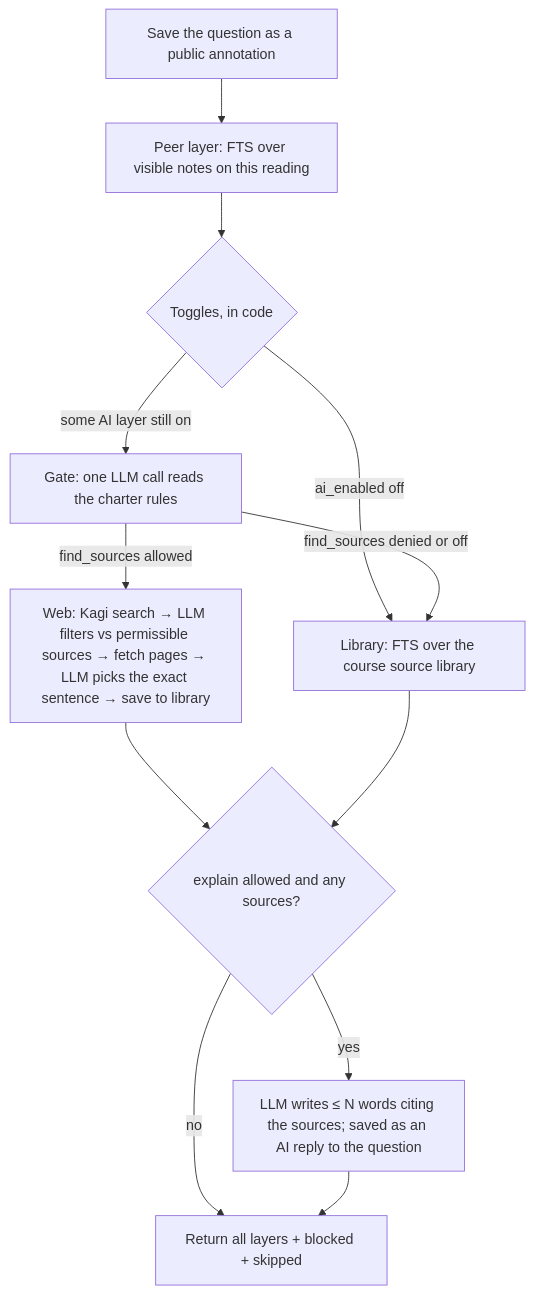
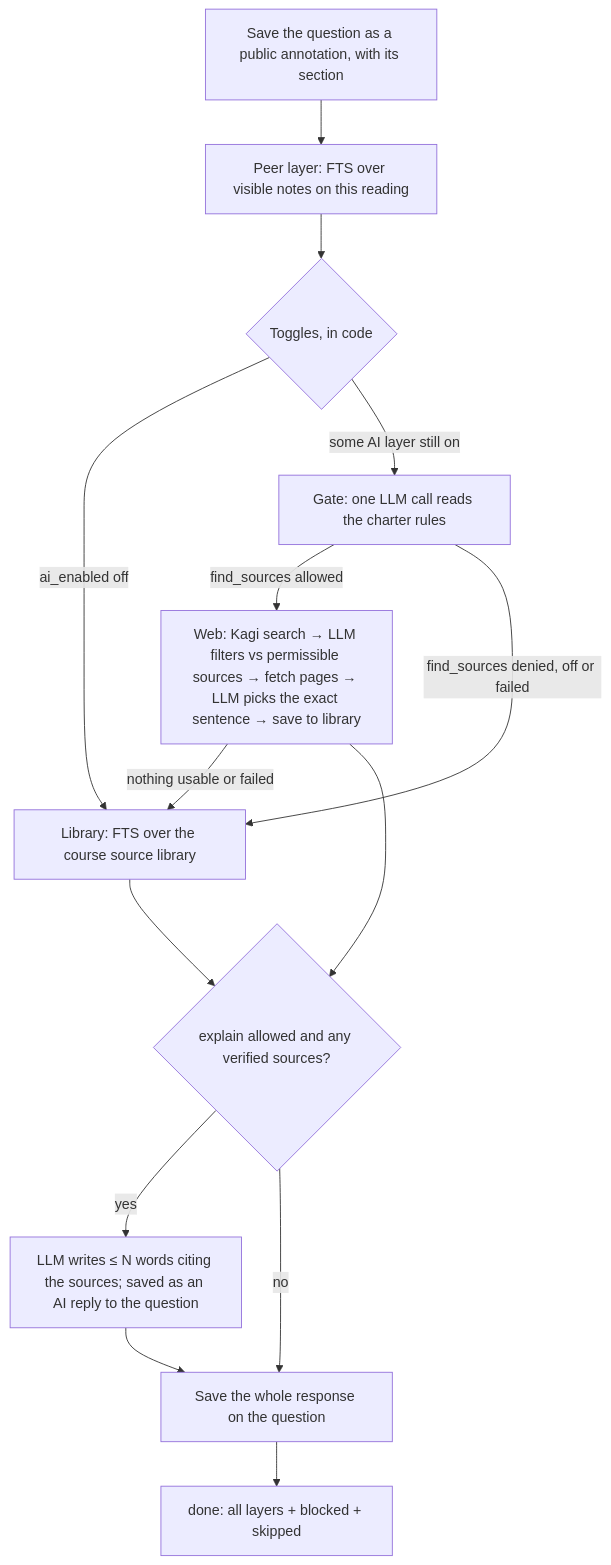
The diagram in explainers/backend.md (Ramen3ater1/tri-co_hack_2026), drawn with Mermaid before and after one commit. The commit also changed other lines of this file, not shown here.

````diff
--- a/explainers/backend.md
+++ b/explainers/backend.md
@@ -87,14 +115,16 @@
 ```mermaid
 flowchart TD
-    Q[Save the question as a public annotation] --> P[Peer layer: FTS over visible notes on this reading]
+    Q[Save the question as a public annotation, with its section] --> P[Peer layer: FTS over visible notes on this reading]
     P --> T{Toggles, in code}
     T -- "ai_enabled off" --> L
     T -- "some AI layer still on" --> G[Gate: one LLM call reads the charter rules]
     G -- "find_sources allowed" --> W[Web: Kagi search → LLM filters vs permissible sources → fetch pages → LLM picks the exact sentence → save to library]
-    G -- "find_sources denied or off" --> L[Library: FTS over the course source library]
-    W --> E{explain allowed and any sources?}
+    G -- "find_sources denied, off or failed" --> L[Library: FTS over the course source library]
+    W -- "nothing usable or failed" --> L
+    W --> E{explain allowed and any verified sources?}
     L --> E
     E -- yes --> X[LLM writes ≤ N words citing the sources; saved as an AI reply to the question]
-    E -- no --> R[Return all layers + blocked + skipped]
-    X --> R
+    E -- no --> S
+    X --> S[Save the whole response on the question]
+    S --> R[done: all layers + blocked + skipped]
 ```
````
